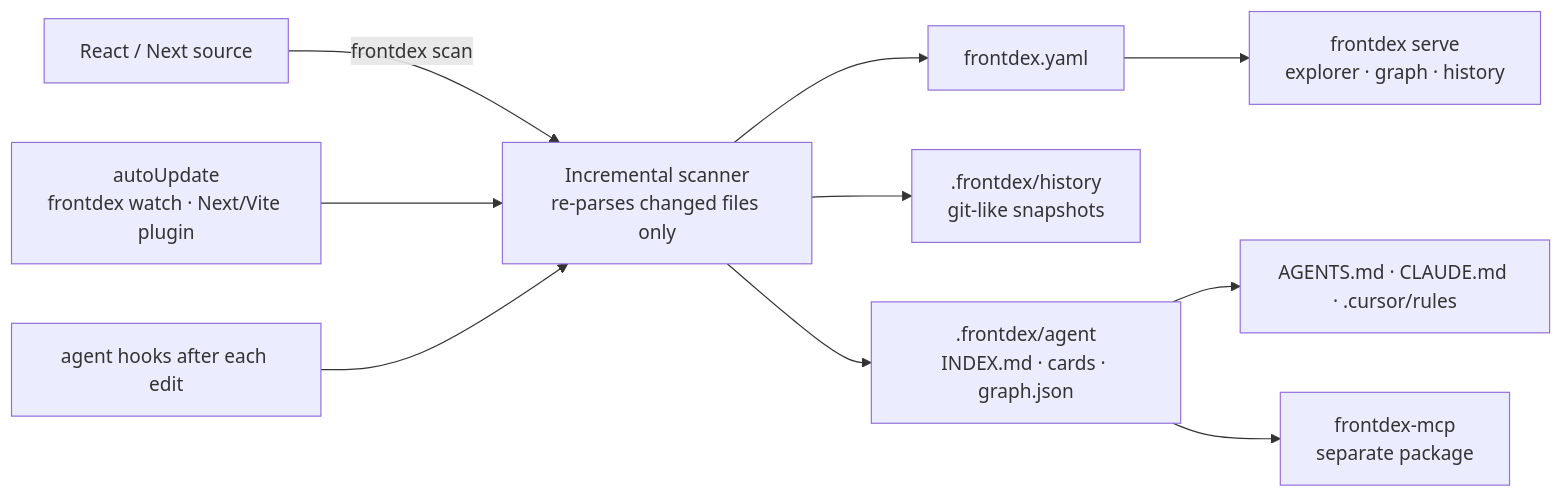
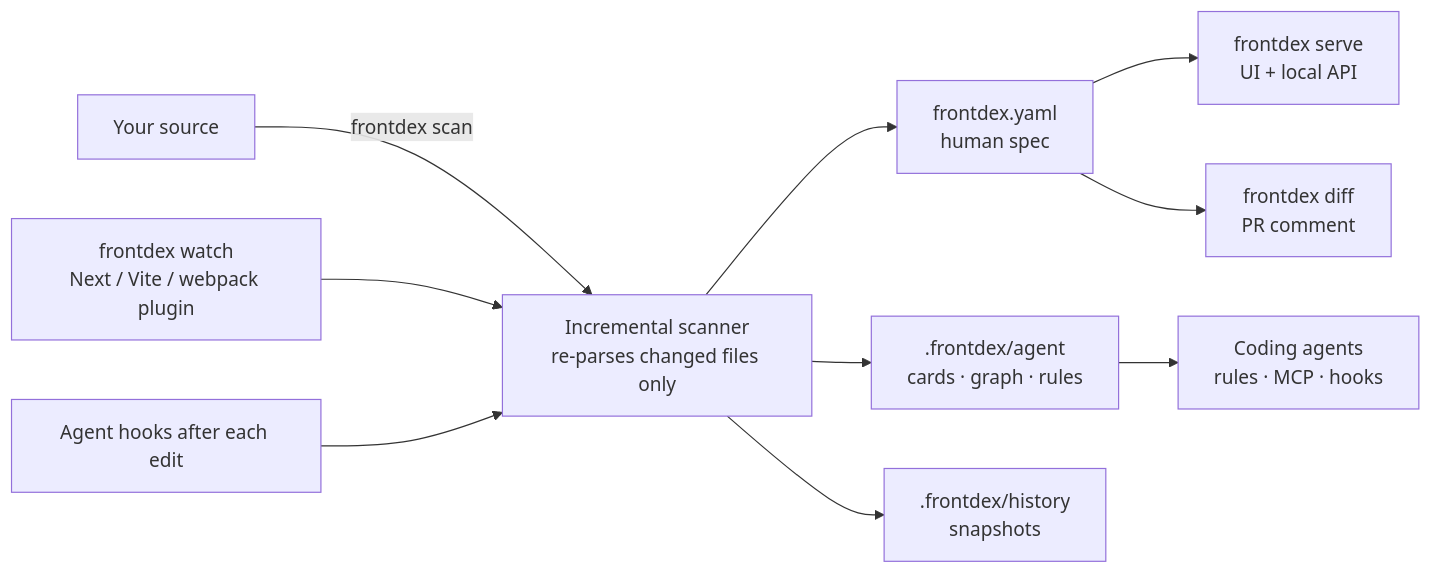
The diagram in README.md (Prathmesh2000/frontdex), drawn with Mermaid before and after one commit. The commit also changed other lines of this file and 26 other files, not shown here.

````diff
--- a/README.md
+++ b/README.md
@@ -10,12 +28,12 @@
 ```mermaid
 flowchart LR
-  Src[React / Next source] -->|frontdex scan| Scan[Incremental scanner<br/>re-parses changed files only]
-  Auto["autoUpdate<br/>frontdex watch · Next/Vite plugin"] --> Scan
-  Scan --> Yaml[frontdex.yaml]
-  Scan --> Hist[.frontdex/history<br/>git-like snapshots]
-  Scan --> Agent[.frontdex/agent<br/>INDEX.md · cards · graph.json]
-  Yaml --> UI[frontdex serve<br/>explorer · graph · history]
-  Agent --> Rules[AGENTS.md · CLAUDE.md · .cursor/rules]
-  Agent --> MCP[frontdex-mcp<br/>separate package]
-  Hooks[agent hooks after each edit] --> Scan
+  Src[Your source] -->|frontdex scan| Scan[Incremental scanner<br/>re-parses changed files only]
+  Watch["frontdex watch<br/>Next / Vite / webpack plugin"] --> Scan
+  Hooks[Agent hooks after each edit] --> Scan
+  Scan --> Yaml[frontdex.yaml<br/>human spec]
+  Scan --> KB[.frontdex/agent<br/>cards · graph · rules]
+  Scan --> Hist[.frontdex/history<br/>snapshots]
+  Yaml --> UI[frontdex serve<br/>UI + local API]
+  KB --> Agents[Coding agents<br/>rules · MCP · hooks]
+  Yaml --> CI[frontdex diff<br/>PR comment]
 ```
````
